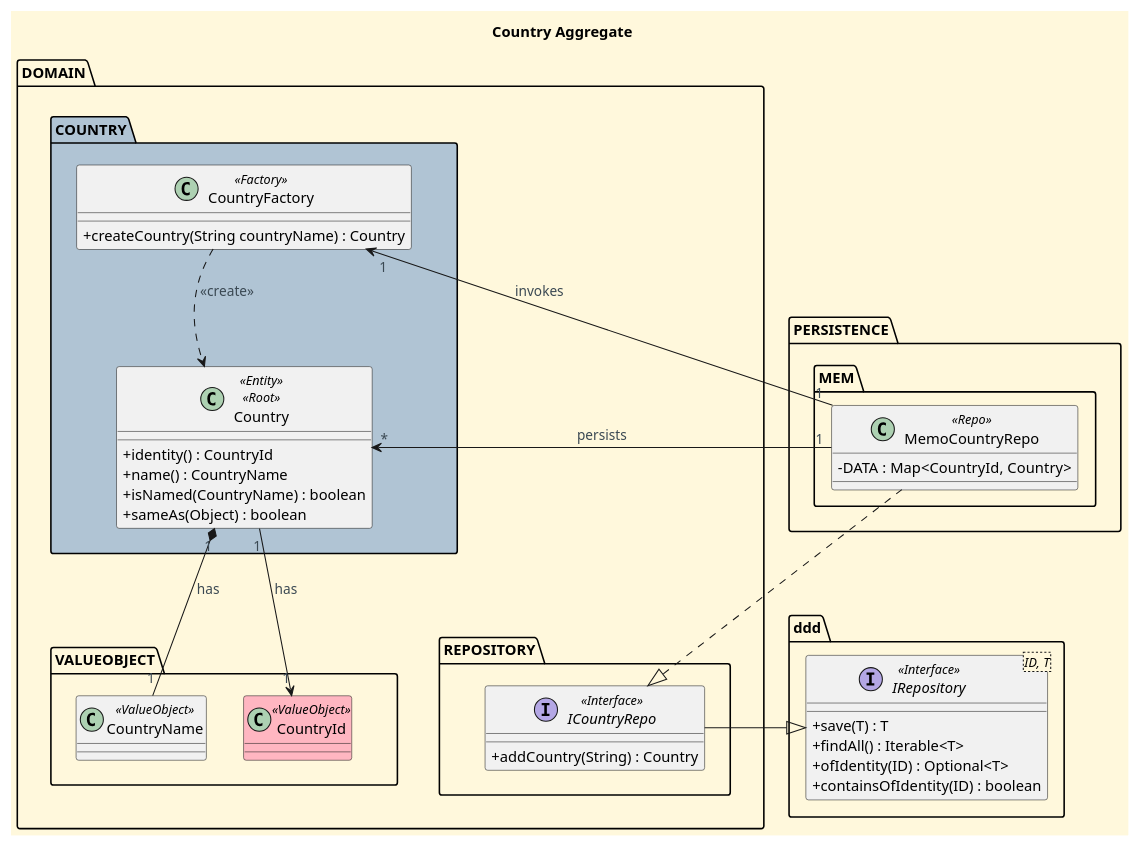
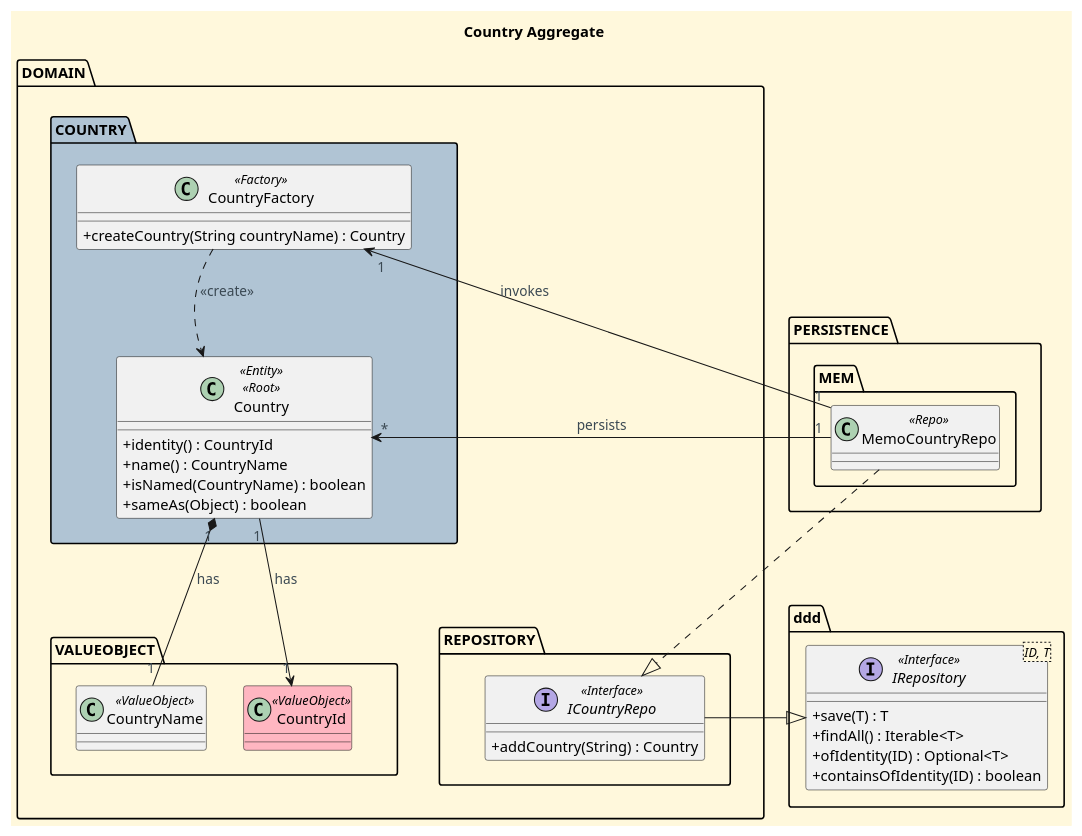
Before and after one commit to CarolinaLeite-collab/JavaMarketplacePlatform: the diagram in docs/aggregates-diagrams/Country_Agregate.puml, drawn with PlantUML. The commit also changed 3 other files, not shown here.

```diff
--- a/docs/aggregates-diagrams/Country_Agregate.puml
+++ b/docs/aggregates-diagrams/Country_Agregate.puml
@@ -1,83 +1,82 @@
 @startuml
 
 title Country Aggregate
 
 '==== basic style ====
 skinparam monochrome false
 skinparam shadowing false
 skinparam defaultFontName Futura
 skinparam objectFontSize 20
 skinparam backgroundColor CornSilk
 skinparam objectBackgroundColor WhiteSmoke
 skinparam noteBackgroundColor #FFFFE0
 skinparam ArrowFontColor #3B4953
 skinparam ActivationBackgroundColor black
 skinparam classAttributeIconSize 0
 
 top to bottom direction
 
 Package "DOMAIN" {
 
     Package "COUNTRY" <<Folder>> #b0c4d4 {
         class Country <<Entity>> <<Root>> {
             +identity() : CountryId
             +name() : CountryName
             +isNamed(CountryName) : boolean
             +sameAs(Object) : boolean
         }
 
         class CountryFactory <<Factory>> {
             +createCountry(String countryName) : Country
         }
     }
 
     Package "VALUEOBJECT" <<Folder>> {
         class CountryId <<ValueObject>> #LightPink {
         }
 
         class CountryName <<ValueObject>> {
         }
     }
 
     Package "REPOSITORY" <<Folder>> {
         interface ICountryRepo <<Interface>> {
             +addCountry(String) : Country
         }
     }
 
     ' Layout adjustments
     COUNTRY -[hidden]right- REPOSITORY
     VALUEOBJECT -[hidden]right- REPOSITORY
     COUNTRY -[hidden]down- VALUEOBJECT
 }
 
 Package "ddd" {
     interface "IRepository<ID, T>" as IRepository <<Interface>> {
         +save(T) : T
         +findAll() : Iterable<T>
         +ofIdentity(ID) : Optional<T>
         +containsOfIdentity(ID) : boolean
     }
 }
 
 Package "PERSISTENCE" {
     package "MEM" {
         class MemoCountryRepo <<Repo>> {
-        -DATA : Map<CountryId, Country>
         }
     }
 }
 
 ' ===== Relations =====
 
 CountryFactory "1" <-- "1" MemoCountryRepo : invokes
 Country "1" --> "1" CountryId : has
 Country "1" *-- "1" CountryName : has
 
 ICountryRepo -|> IRepository
 MemoCountryRepo ..|> ICountryRepo
 Country "*" <- "1" MemoCountryRepo : persists
 
 CountryFactory ..> Country : <<create>>
 
 @enduml
```
